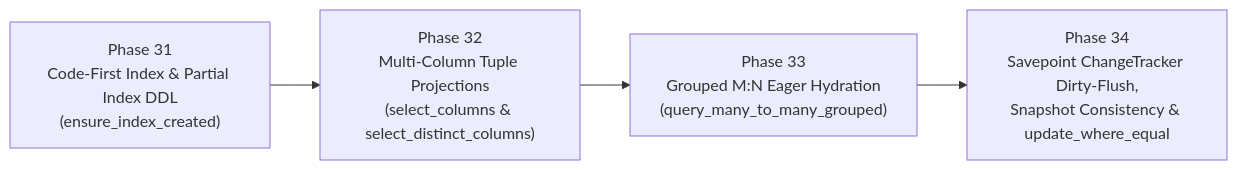
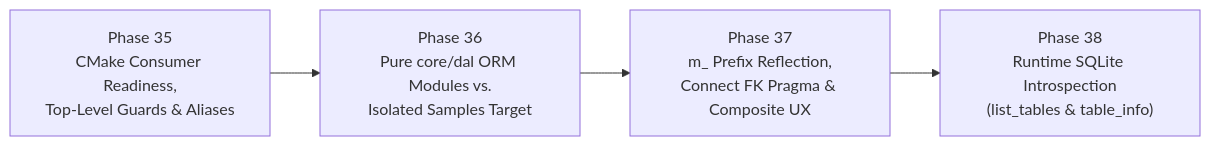
The second of 2 diagrams in readme4.md (mythrz/CodeFirstCppDB_sqlgen), drawn with Mermaid before and after one commit. The commit also changed other lines of this file and 2 other files, not shown here.

````diff
--- a/readme4.md
+++ b/readme4.md
@@ -278,6 +267,6 @@
 ```mermaid
 flowchart LR
-    P31["Phase 31<br/>Code-First Index &amp; Partial Index DDL<br/>(ensure_index_created)"] --> P32["Phase 32<br/>Multi-Column Tuple Projections<br/>(select_columns &amp; select_distinct_columns)"]
-    P32 --> P33["Phase 33<br/>Grouped M:N Eager Hydration<br/>(query_many_to_many_grouped)"]
-    P33 --> P34["Phase 34<br/>Savepoint ChangeTracker Dirty-Flush,<br/>Snapshot Consistency &amp; update_where_equal"]
+    P35["Phase 35<br/>CMake Consumer Readiness,<br/>Top-Level Guards &amp; Aliases"] --> P36["Phase 36<br/>Pure core/dal ORM Modules vs.<br/>Isolated Samples Target"]
+    P36 --> P37["Phase 37<br/>m_ Prefix Reflection,<br/>Connect FK Pragma &amp; Composite UX"]
+    P37 --> P38["Phase 38<br/>Runtime SQLite Introspection<br/>(list_tables &amp; table_info)"]
 ```
````
